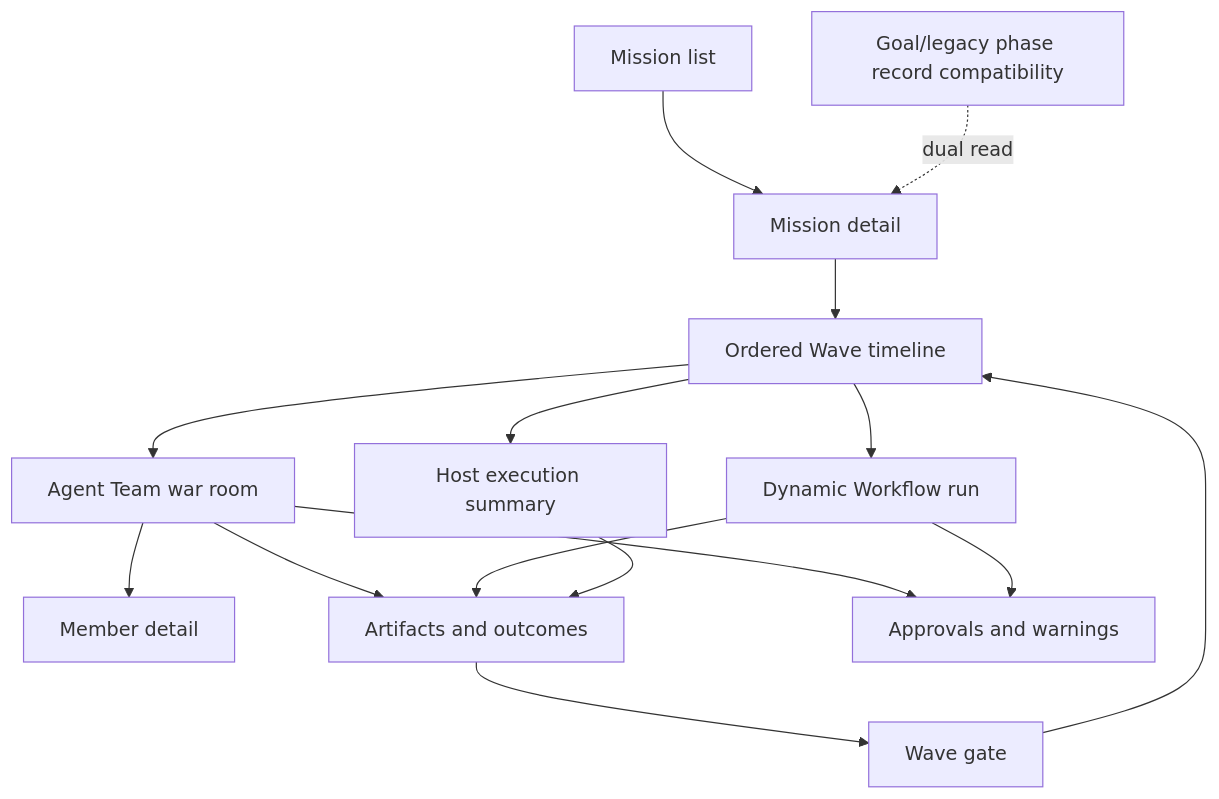
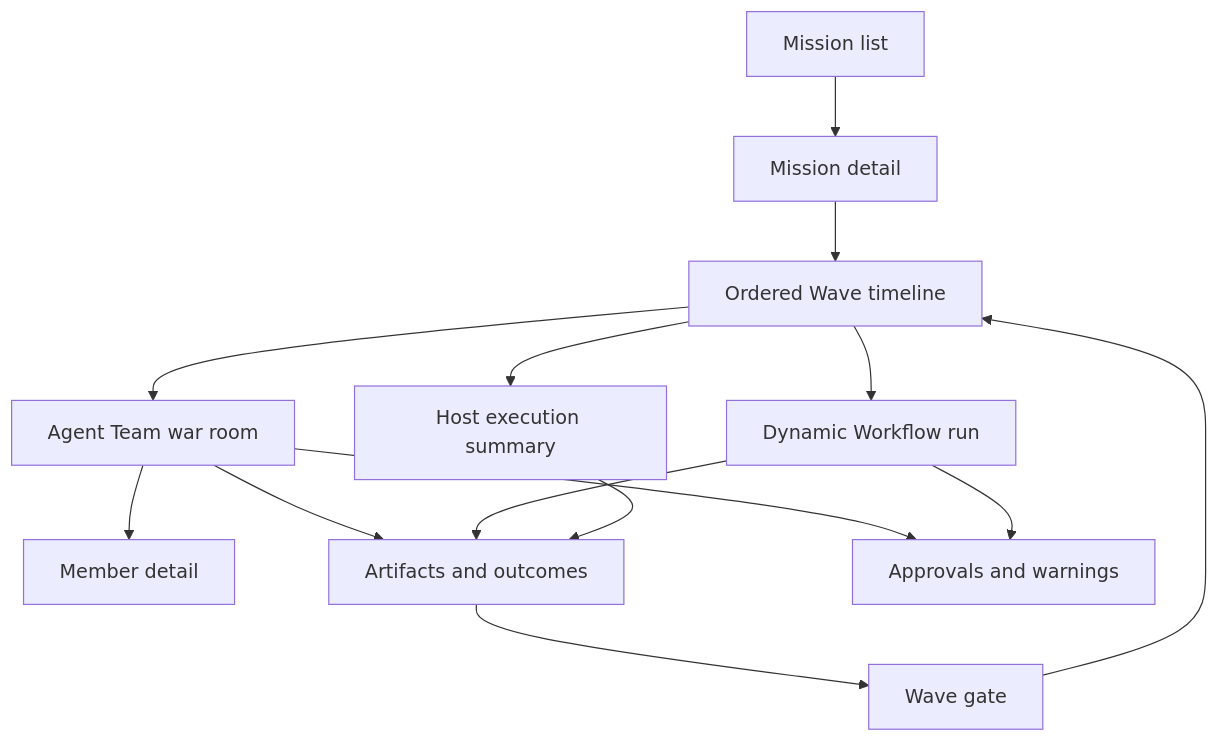
One commit to cyl19970726/multi-agent-harness changed the diagram in docs/dashboard.md. Above: the diagram before and after it, drawn with Mermaid. The commit also changed other lines of this file and 25 other files, not shown here.

````diff
--- a/docs/dashboard.md
+++ b/docs/dashboard.md
@@ -41,29 +41,27 @@
 ```mermaid
 flowchart TD
   Missions[Mission list]
   Mission[Mission detail]
   Waves[Ordered Wave timeline]
   Team[Agent Team war room]
   Workflow[Dynamic Workflow run]
   Host[Host execution summary]
   Member[Member detail]
   Artifacts[Artifacts and outcomes]
   Gate[Wave gate]
   Warnings[Approvals and warnings]
-  Compat[Goal/legacy phase record compatibility]
 
   Missions --> Mission
   Mission --> Waves
   Waves --> Team
   Waves --> Workflow
   Waves --> Host
   Team --> Member
   Team --> Artifacts
   Workflow --> Artifacts
   Host --> Artifacts
   Artifacts --> Gate
   Gate --> Waves
   Team --> Warnings
   Workflow --> Warnings
-  Compat -. dual read .-> Mission
 ```
````
